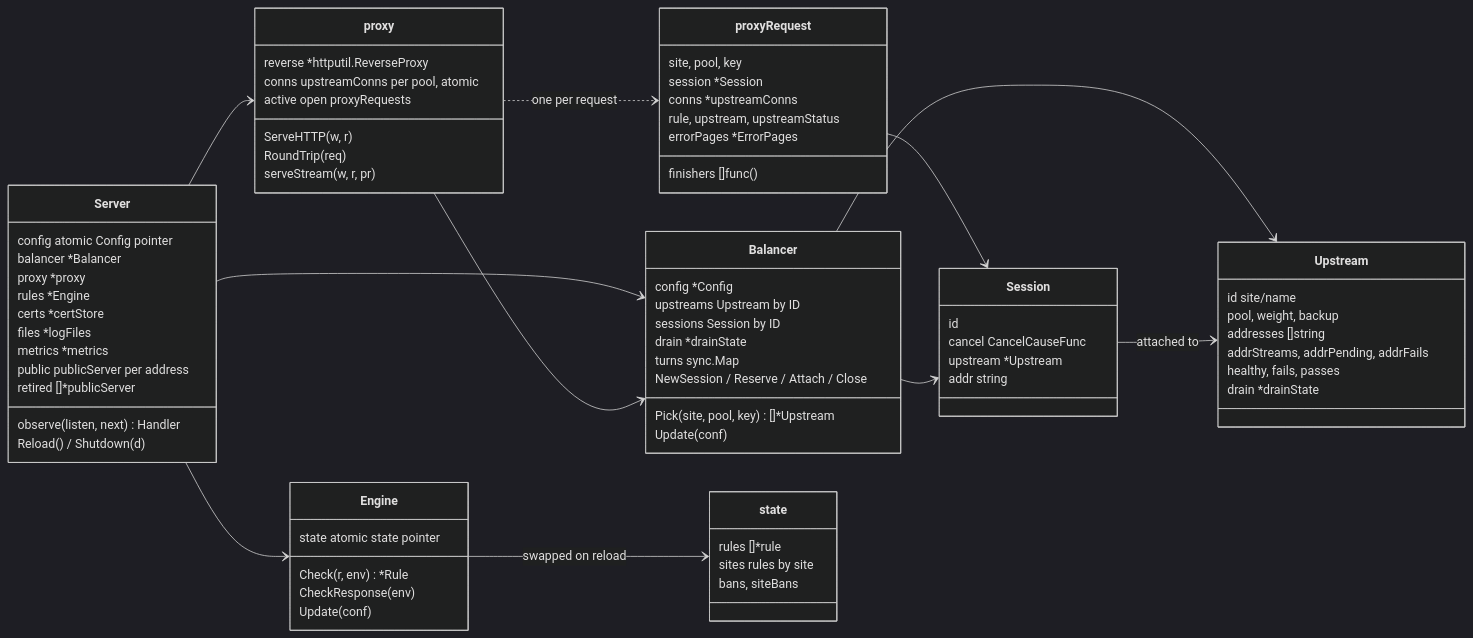
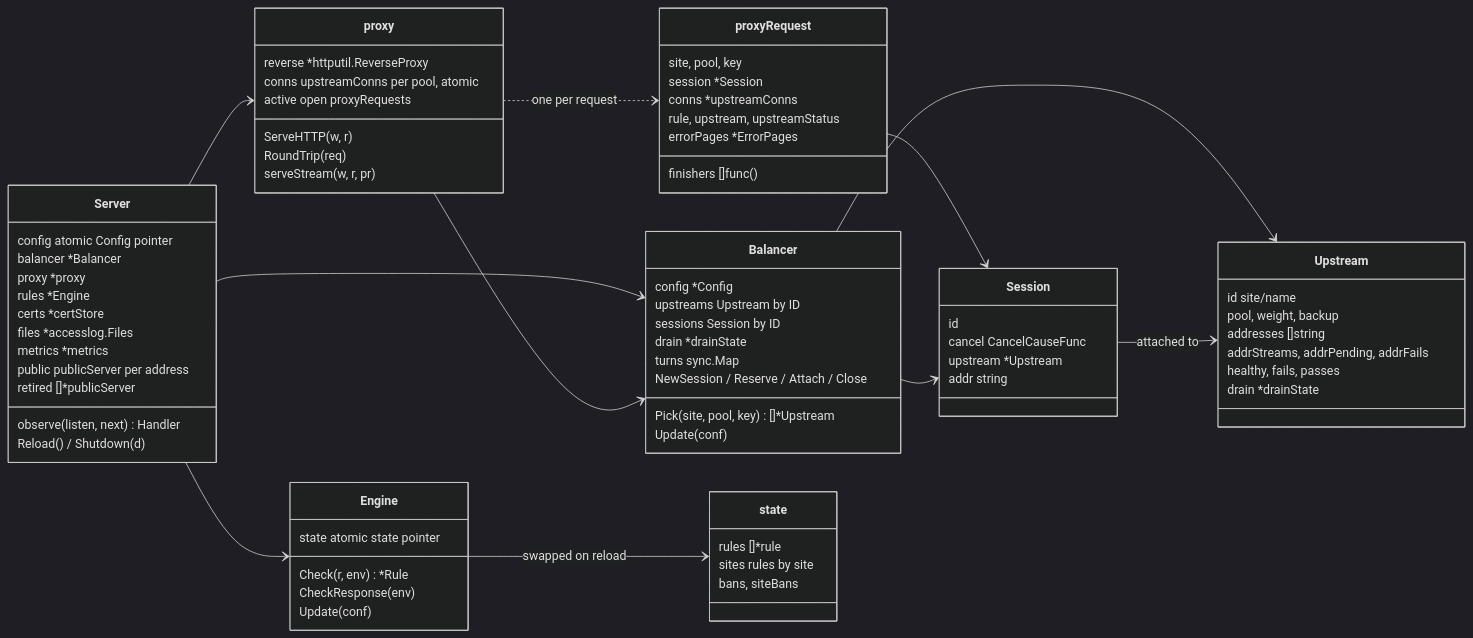
One commit to binwiederhier/ntlb changed the second of 10 diagrams in docs/code.md. Above: the diagram before and after it, drawn with Mermaid (dark theme). The commit also changed other lines of this file and 11 other files, not shown here.

````diff
--- a/docs/code.md
+++ b/docs/code.md
@@ -91,78 +94,78 @@
 ```mermaid
 classDiagram
     direction LR
     class Server {
         config atomic Config pointer
         balancer *Balancer
         proxy *proxy
         rules *Engine
         certs *certStore
-        files *logFiles
+        files *accesslog.Files
         metrics *metrics
         public publicServer per address
         retired []*publicServer
         observe(listen, next) Handler
         Reload() / Shutdown(d)
     }
     class proxy {
         reverse *httputil.ReverseProxy
         conns upstreamConns per pool, atomic
         active open proxyRequests
         ServeHTTP(w, r)
         RoundTrip(req)
         serveStream(w, r, pr)
     }
     class proxyRequest {
         site, pool, key
         session *Session
         conns *upstreamConns
         rule, upstream, upstreamStatus
         errorPages *ErrorPages
         finishers []func()
     }
     class Balancer {
         config *Config
         upstreams Upstream by ID
         sessions Session by ID
         drain *drainState
         turns sync.Map
         Pick(site, pool, key) []*Upstream
         NewSession / Reserve / Attach / Close
         Update(conf)
     }
     class Upstream {
         id site/name
         pool, weight, backup
         addresses []string
         addrStreams, addrPending, addrFails
         healthy, fails, passes
         drain *drainState
     }
     class Session {
         id
         cancel CancelCauseFunc
         upstream *Upstream
         addr string
     }
     class Engine {
         state atomic state pointer
         Check(r, env) *Rule
         CheckResponse(env)
         Update(conf)
     }
     class state {
         rules []*rule
         sites rules by site
         bans, siteBans
     }
     Server --> proxy
     Server --> Balancer
     Server --> Engine
     proxy --> Balancer
     proxy ..> proxyRequest : one per request
     proxyRequest --> Session
     Balancer --> Upstream
     Balancer --> Session
     Session --> Upstream : attached to
     Engine --> state : swapped on reload
 ```
````
